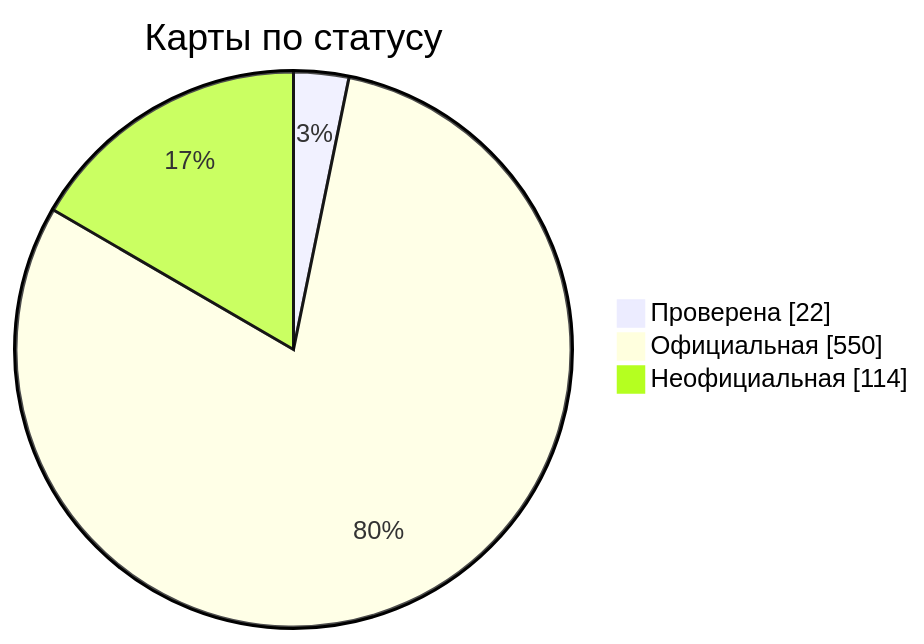
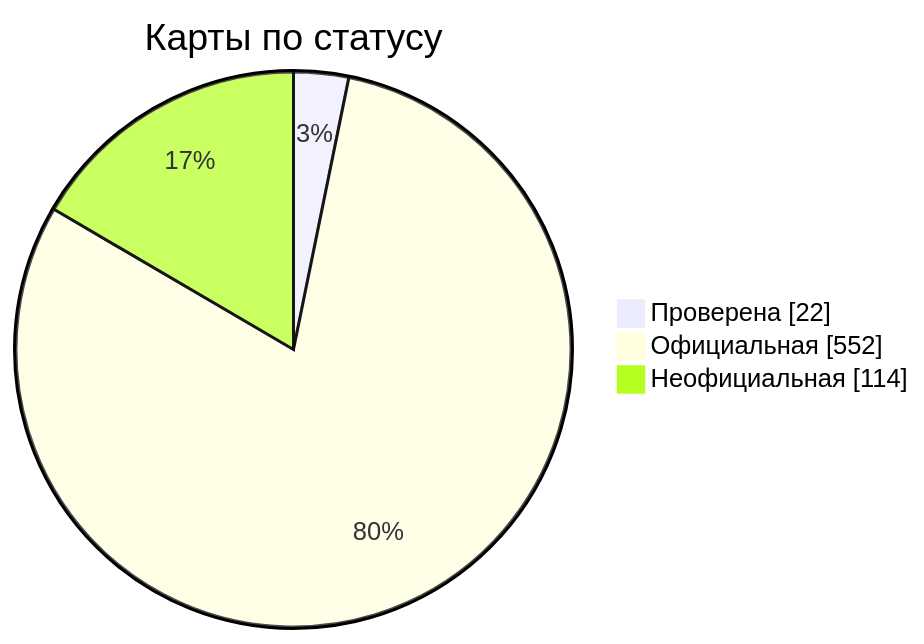
One commit to nobrega8/mbmap-library changed the diagram in docs/readme/README_RU.md. Above: the diagram before and after it, drawn with Mermaid. The commit also changed 7 other files, not shown here.

````diff
--- a/docs/readme/README_RU.md
+++ b/docs/readme/README_RU.md
@@ -54,7 +54,7 @@
 ```mermaid
 pie showData
     title Карты по статусу
     "Проверена" : 22
-    "Официальная" : 550
+    "Официальная" : 552
     "Неофициальная" : 114
 ```
````
